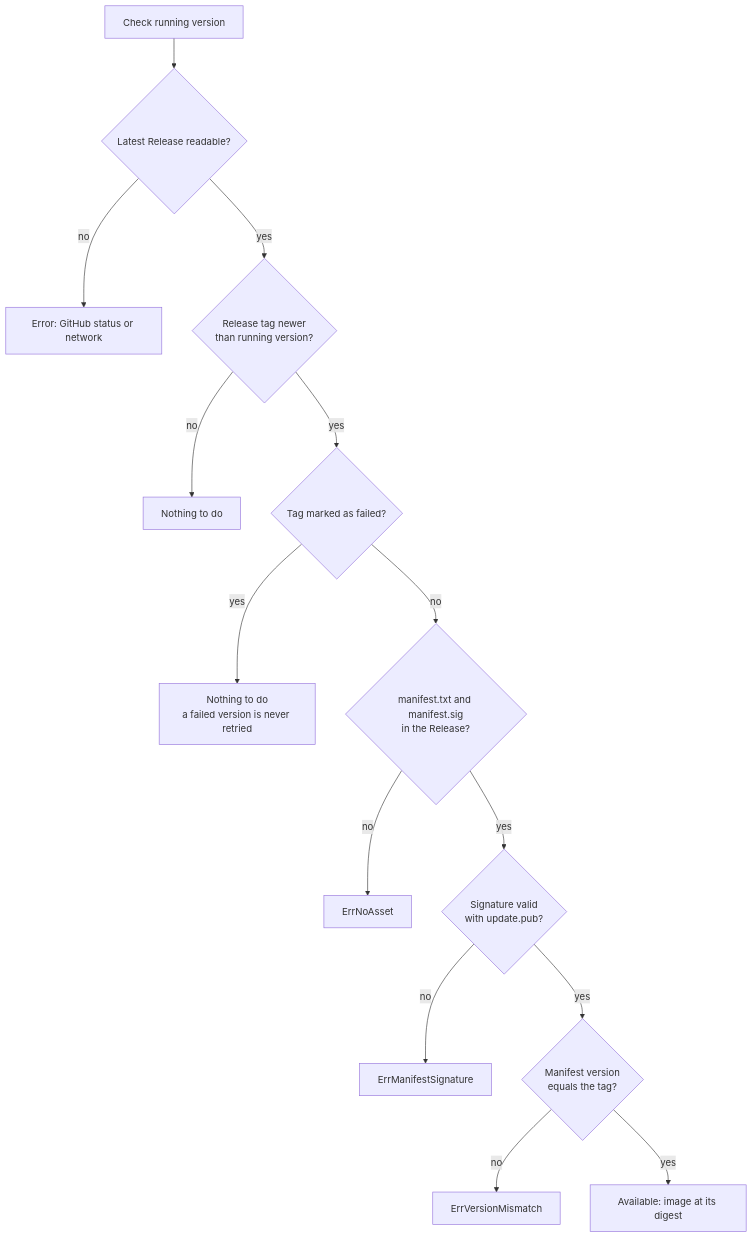
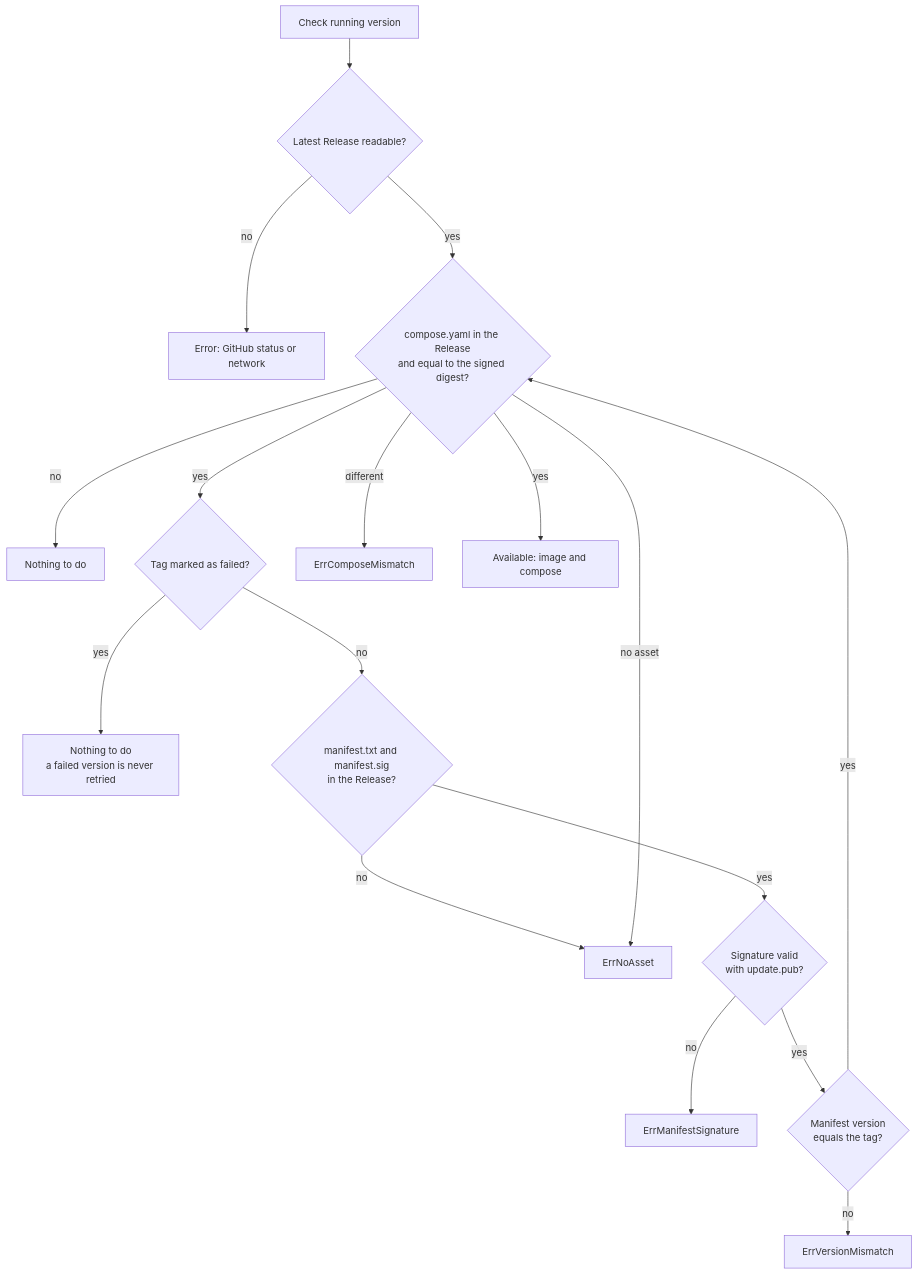
One commit to webtyp/selfupdate changed the diagram in docs/diagrams/CHECK_FLOW.md. Above: the diagram before and after it, drawn with Mermaid. The commit also changed 12 other files, not shown here.

````diff
--- a/docs/diagrams/CHECK_FLOW.md
+++ b/docs/diagrams/CHECK_FLOW.md
@@ -5,16 +5,19 @@
 ```mermaid
 flowchart TD
     A[Check running version] --> B{Latest Release readable?}
     B -->|no| X1[Error: GitHub status or network]
     B -->|yes| C{Release tag newer<br/>than running version?}
     C -->|no| N1[Nothing to do]
     C -->|yes| D{Tag marked as failed?}
     D -->|yes| N2[Nothing to do<br/>a failed version is never retried]
     D -->|no| E{manifest.txt and manifest.sig<br/>in the Release?}
     E -->|no| X2[ErrNoAsset]
     E -->|yes| F{Signature valid<br/>with update.pub?}
     F -->|no| X3[ErrManifestSignature]
     F -->|yes| G{Manifest version<br/>equals the tag?}
     G -->|no| X4[ErrVersionMismatch]
-    G -->|yes| H[Available: image at its digest]
+    G -->|yes| C{compose.yaml in the Release<br/>and equal to the signed digest?}
+    C -->|no asset| X2
+    C -->|different| X5[ErrComposeMismatch]
+    C -->|yes| H[Available: image and compose]
 ```
````
